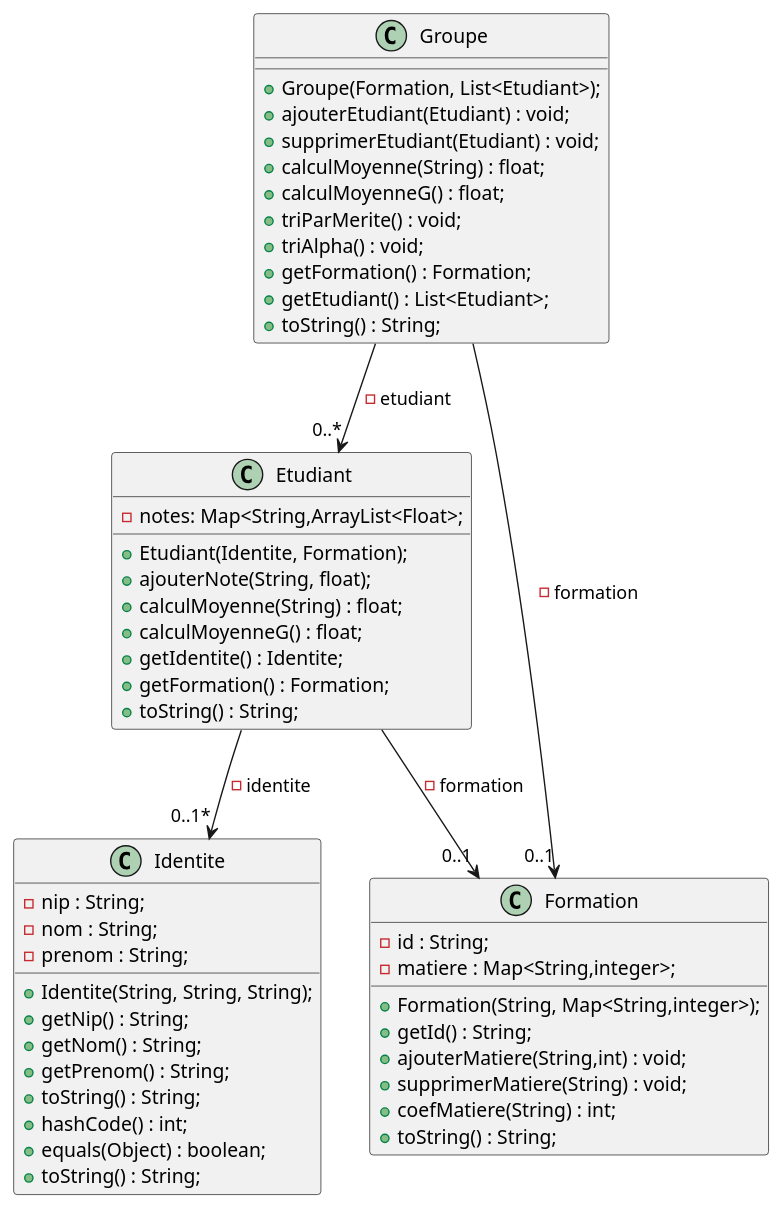
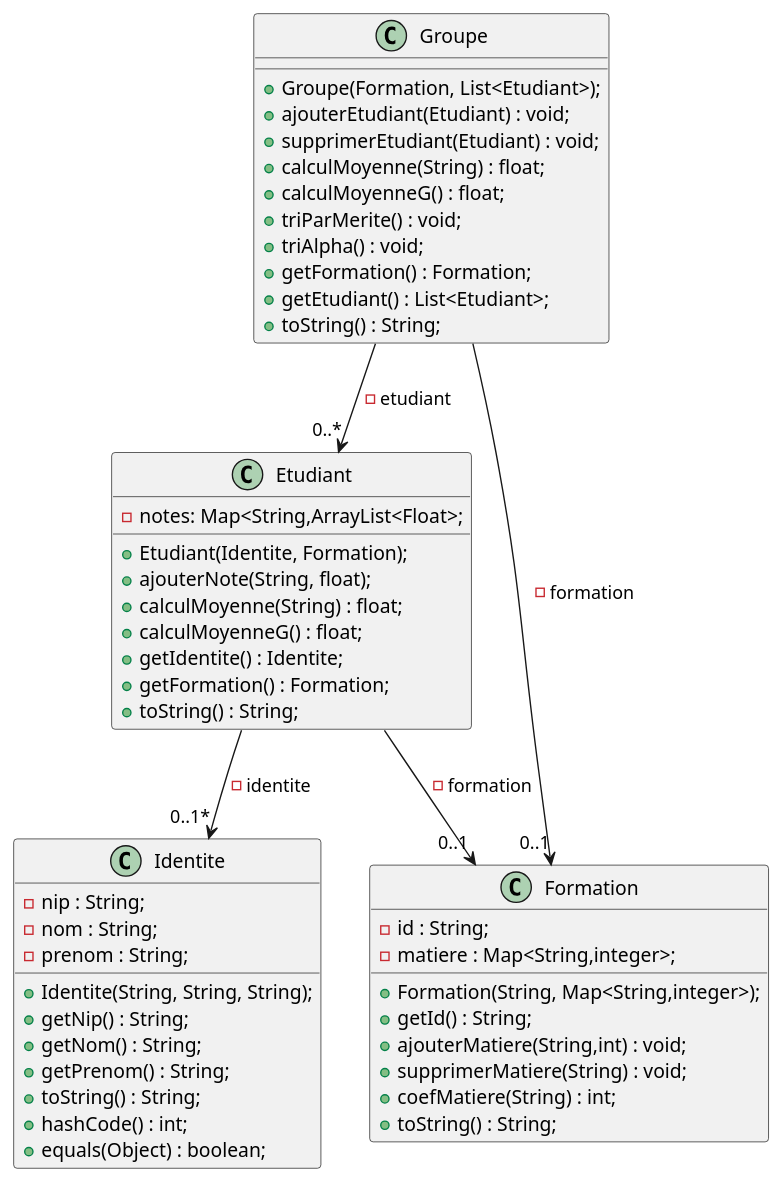
One commit to Wass54/Ex3-CPOA-ElBakhtaoui-Karakaya changed the diagram in documents/DiagClasse.puml. Above: the diagram before and after it, drawn with PlantUML. The commit also changed 1 other file, not shown here.

Commit message:
Changement du diagramme de classe

```diff
--- a/documents/DiagClasse.puml
+++ b/documents/DiagClasse.puml
@@ -1,74 +1,73 @@
 @startuml
 
 '''classes 
 
 class Identite{
 
     - nip : String;
     - nom : String;
     - prenom : String;
 
     + Identite(String, String, String);
     + getNip() : String;
     + getNom() : String;
     + getPrenom() : String;
     + toString() : String;
     + hashCode() : int;
     + equals(Object) : boolean;
-    + toString() : String;
 
 }
 
 class Etudiant{
 
     - notes: Map<String,ArrayList<Float>;
 
     + Etudiant(Identite, Formation);
     + ajouterNote(String, float);
     + calculMoyenne(String) : float;
     + calculMoyenneG() : float;
     + getIdentite() : Identite;
     + getFormation() : Formation;
     + toString() : String;
 
 
 }
 
 class Formation{
 
     - id : String;
     - matiere : Map<String,integer>;
     
     + Formation(String, Map<String,integer>);
     + getId() : String;
     + ajouterMatiere(String,int) : void;
     + supprimerMatiere(String) : void;
     + coefMatiere(String) : int;
     + toString() : String;
 
 }
 
 class Groupe{
 
     + Groupe(Formation, List<Etudiant>);
     + ajouterEtudiant(Etudiant) : void;
     + supprimerEtudiant(Etudiant) : void;
     + calculMoyenne(String) : float;
     + calculMoyenneG() : float;
     + triParMerite() : void;
     + triAlpha() : void;
     + getFormation() : Formation;
     + getEtudiant() : List<Etudiant>;
     + toString() : String;
 }
 
 '''liaisons
 Etudiant  --> "0..1*" Identite : -identite
 Etudiant  --> "0..1" Formation : -formation
 Groupe  --> "0..*" Etudiant : -etudiant
 Groupe  --> "0..1" Formation : -formation
 
 
 
 
 @enduml
```
